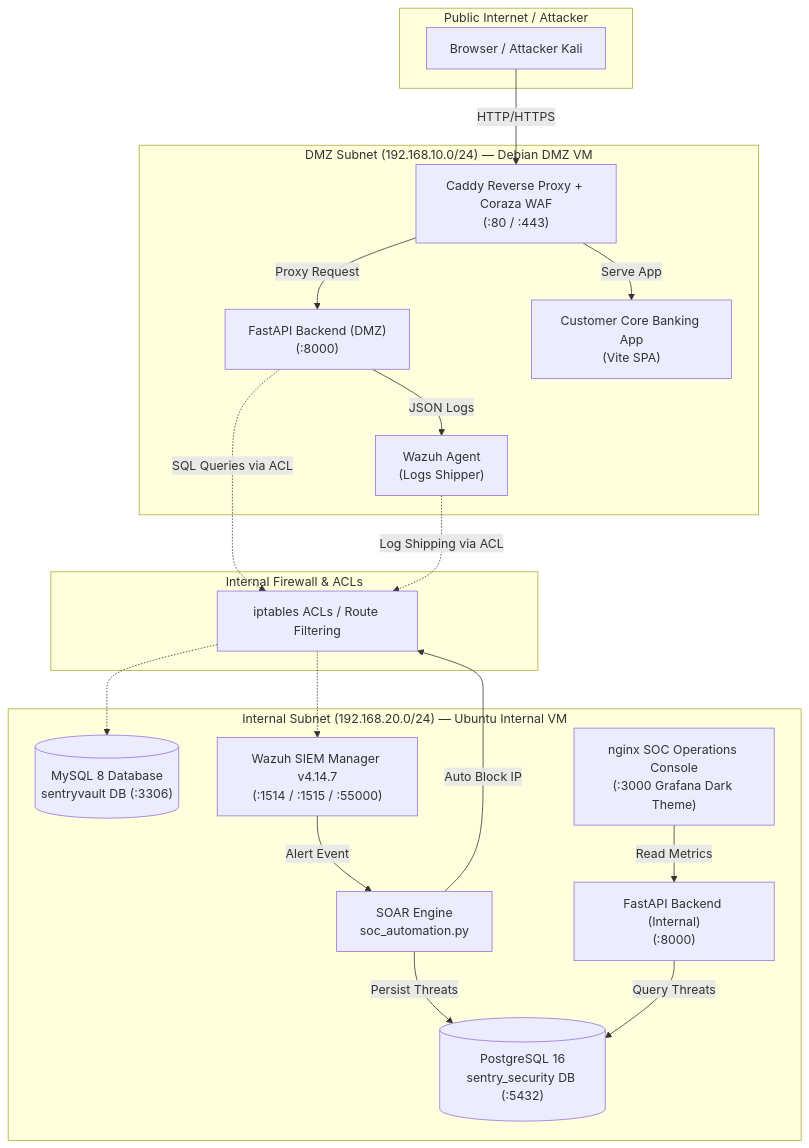
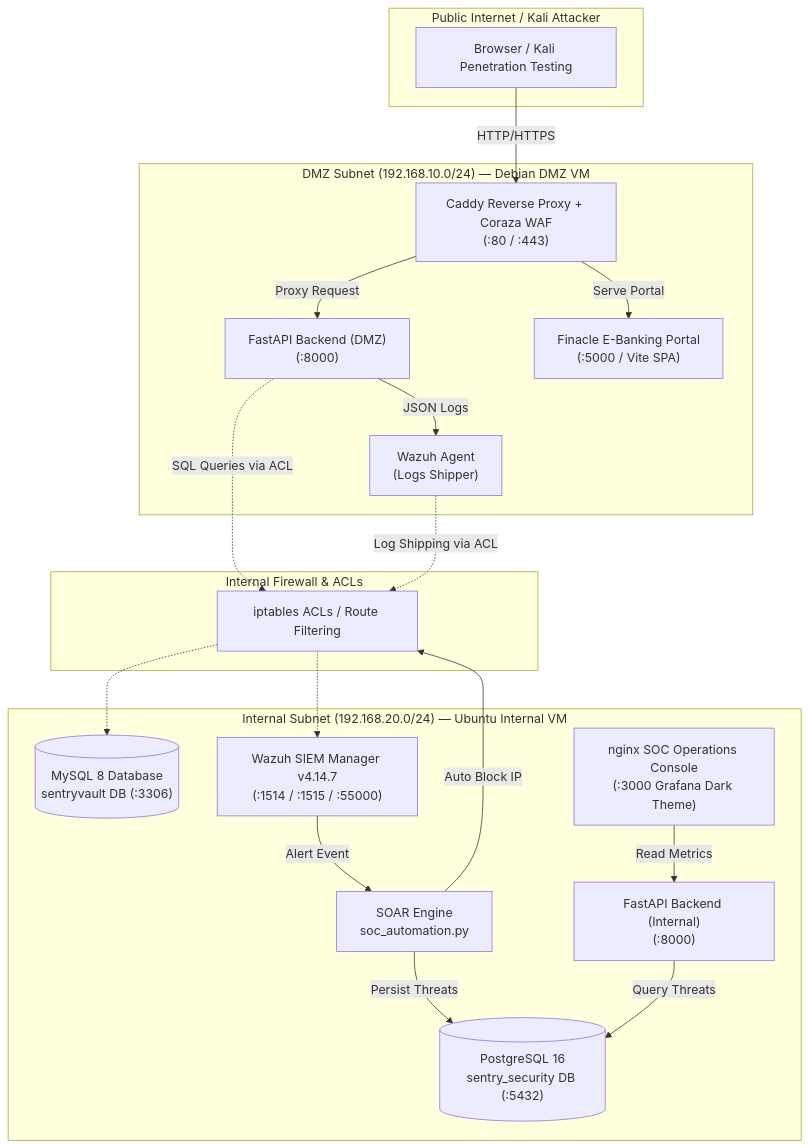
Before and after one commit to abhienix/SentryVault: the diagram in README.md, drawn with Mermaid. The commit also changed other lines of this file, not shown here.

Commit message:
docs: add detailed application suite documentation covering Grafana SOC Console, Finacle E-Banking Gateway, Admin Operations Console, and Customer Account Overview

````diff
--- a/README.md
+++ b/README.md
@@ -48,40 +52,40 @@
 ```mermaid
 flowchart TD
-    subgraph Internet["Public Internet / Attacker"]
-        Client["Browser / Attacker Kali"]
+    subgraph Internet["Public Internet / Kali Attacker"]
+        Client["Browser / Kali Penetration Testing"]
     end
 
     subgraph DMZ["DMZ Subnet (192.168.10.0/24) — Debian DMZ VM"]
         Caddy["Caddy Reverse Proxy + Coraza WAF\n(:80 / :443)"]
         FastAPI_DMZ["FastAPI Backend (DMZ)\n(:8000)"]
-        React_Bank["Customer Core Banking App\n(Vite SPA)"]
+        React_Bank["Finacle E-Banking Portal\n(:5000 / Vite SPA)"]
         Wazuh_Agent["Wazuh Agent\n(Logs Shipper)"]
     end
 
     subgraph Firewall["Internal Firewall & ACLs"]
         ACL["iptables ACLs / Route Filtering"]
     end
 
     subgraph Internal["Internal Subnet (192.168.20.0/24) — Ubuntu Internal VM"]
         MySQL[("MySQL 8 Database\nsentryvault DB (:3306)")]
         Wazuh_Mgr["Wazuh SIEM Manager v4.14.7\n(:1514 / :1515 / :55000)"]
         Postgres[("PostgreSQL 16\nsentry_security DB (:5432)")]
         SOAR["SOAR Engine\nsoc_automation.py"]
         SOC_Console["nginx SOC Operations Console\n(:3000 Grafana Dark Theme)"]
         FastAPI_Int["FastAPI Backend (Internal)\n(:8000)"]
     end
 
     Client -->|HTTP/HTTPS| Caddy
     Caddy -->|Proxy Request| FastAPI_DMZ
-    Caddy -->|Serve App| React_Bank
+    Caddy -->|Serve Portal| React_Bank
     FastAPI_DMZ -->|JSON Logs| Wazuh_Agent
 
     FastAPI_DMZ -.->|SQL Queries via ACL| ACL -.-> MySQL
     Wazuh_Agent -.->|Log Shipping via ACL| ACL -.-> Wazuh_Mgr
 
     Wazuh_Mgr -->|Alert Event| SOAR
     SOAR -->|Persist Threats| Postgres
     SOAR -->|Auto Block IP| ACL
     SOC_Console -->|Read Metrics| FastAPI_Int
     FastAPI_Int -->|Query Threats| Postgres
 ```
````
